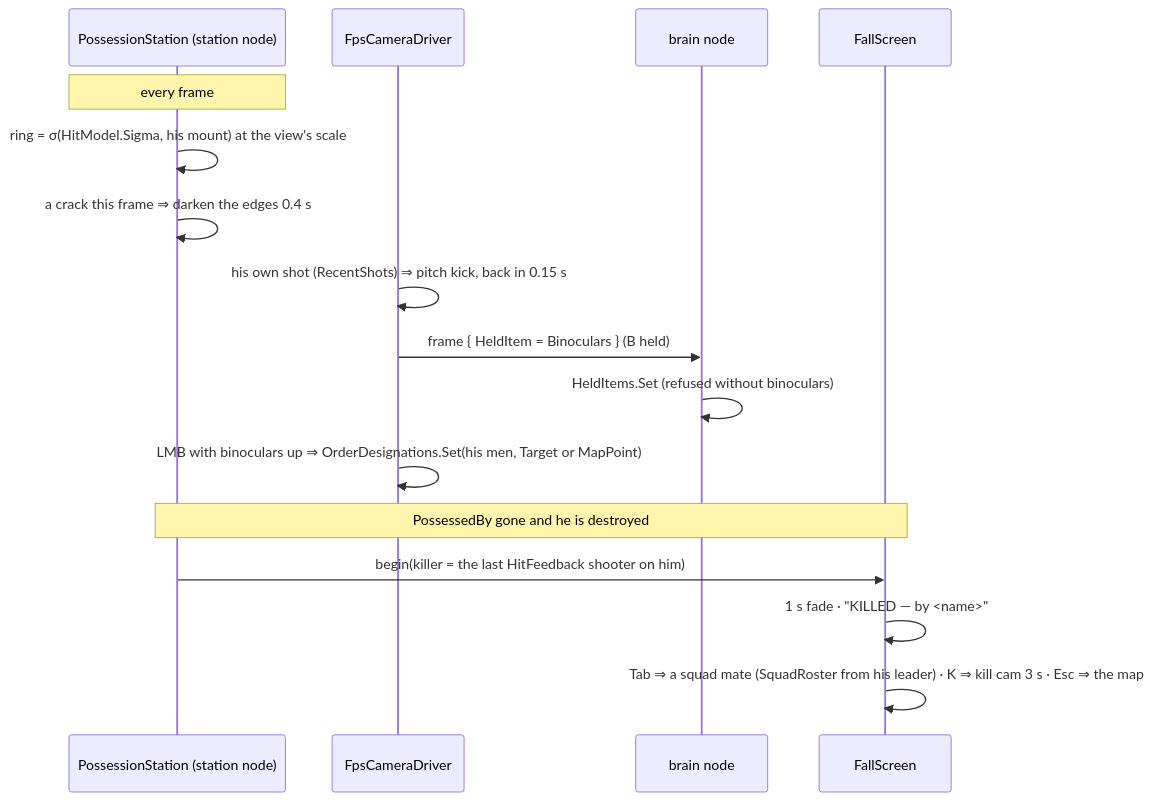
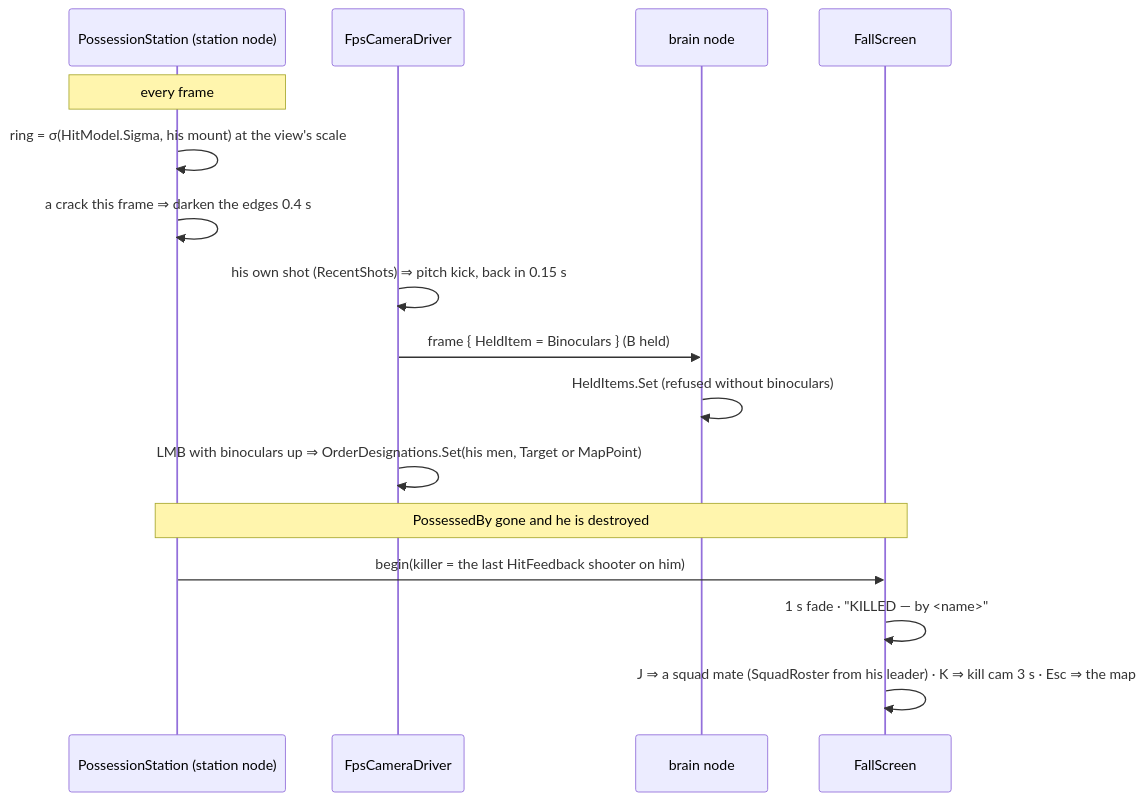
Diagram 35 of 56 in docs/DESIGN_Entity_Control.md (pjanec/HROT), drawn with Mermaid before and after one commit. The commit also changed other lines of this file and 9 other files, not shown here.

First line of the commit message:
R-3076: one key, one purpose — Tab holds the scoreboard only, the next man is J (Shift+J back; the fall screen's squad mate too); S3 design §11 (kits accepted, area choice)

````diff
--- a/docs/DESIGN_Entity_Control.md
+++ b/docs/DESIGN_Entity_Control.md
@@ -1580,18 +1580,18 @@
 ```mermaid
 sequenceDiagram
   participant S as PossessionStation (station node)
   participant D as FpsCameraDriver
   participant B as brain node
   participant F as FallScreen
   Note over S: every frame
   S->>S: ring = σ(HitModel.Sigma, his mount) at the view's scale
   S->>S: a crack this frame ⇒ darken the edges 0.4 s
   D->>D: his own shot (RecentShots) ⇒ pitch kick, back in 0.15 s
   D->>B: frame { HeldItem = Binoculars } (B held)
   B->>B: HeldItems.Set (refused without binoculars)
   D->>D: LMB with binoculars up ⇒ OrderDesignations.Set(his men, Target or MapPoint)
   Note over S,F: PossessedBy gone and he is destroyed
   S->>F: begin(killer = the last HitFeedback shooter on him)
   F->>F: 1 s fade · "KILLED — by <name>"
-  F->>F: Tab ⇒ a squad mate (SquadRoster from his leader) · K ⇒ kill cam 3 s · Esc ⇒ the map
+  F->>F: J ⇒ a squad mate (SquadRoster from his leader) · K ⇒ kill cam 3 s · Esc ⇒ the map
 ```
````
